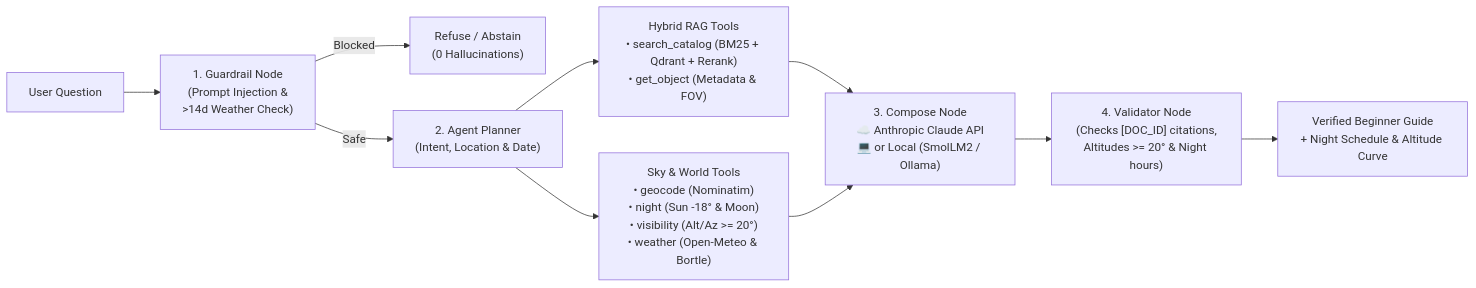
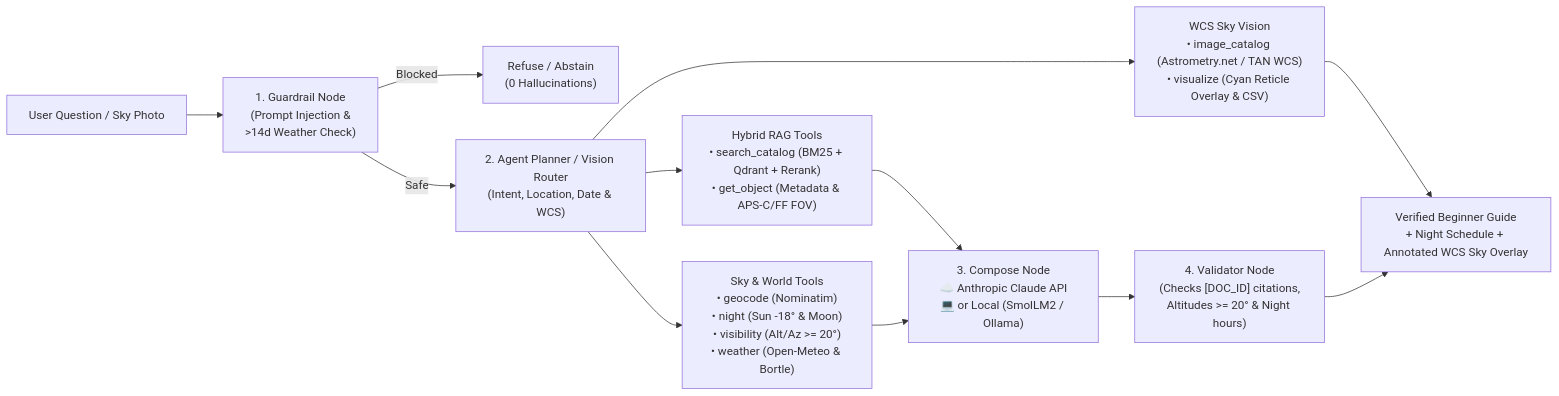
One commit to Waxguillermo/Astropilote changed the diagram in README.md. Above: the diagram before and after it, drawn with Mermaid. The commit also changed other lines of this file and 32 other files, not shown here.

````diff
--- a/README.md
+++ b/README.md
@@ -83,15 +83,17 @@
 ```mermaid
 flowchart LR
-    U["User Question"] --> G["1. Guardrail Node<br/>(Prompt Injection &<br/>>14d Weather Check)"]
+    U["User Question / Sky Photo"] --> G["1. Guardrail Node<br/>(Prompt Injection &<br/>>14d Weather Check)"]
     G -->| Blocked | R["Refuse / Abstain<br/>(0 Hallucinations)"]
-    G -->| Safe | A["2. Agent Planner<br/>(Intent, Location & Date)"]
+    G -->| Safe | A["2. Agent Planner / Vision Router<br/>(Intent, Location, Date & WCS)"]
 
-    A --> T1["Hybrid RAG Tools<br/>• search_catalog (BM25 + Qdrant + Rerank)<br/>• get_object (Metadata & FOV)"]
+    A --> T1["Hybrid RAG Tools<br/>• search_catalog (BM25 + Qdrant + Rerank)<br/>• get_object (Metadata & APS-C/FF FOV)"]
     A --> T2["Sky & World Tools<br/>• geocode (Nominatim)<br/>• night (Sun -18° & Moon)<br/>• visibility (Alt/Az >= 20°)<br/>• weather (Open-Meteo & Bortle)"]
+    A --> T3["WCS Sky Vision<br/>• image_catalog (Astrometry.net / TAN WCS)<br/>• visualize (Cyan Reticle Overlay & CSV)"]
 
     T1 --> C["3. Compose Node<br/>☁️ Anthropic Claude API<br/>💻 or Local (SmolLM2 / Ollama)"]
     T2 --> C
+    T3 --> O
 
     C --> V["4. Validator Node<br/>(Checks [DOC_ID] citations,<br/>Altitudes >= 20° & Night hours)"]
-    V --> O["Verified Beginner Guide<br/>+ Night Schedule & Altitude Curve"]
+    V --> O["Verified Beginner Guide<br/>+ Night Schedule + Annotated WCS Sky Overlay"]
 ```
````
